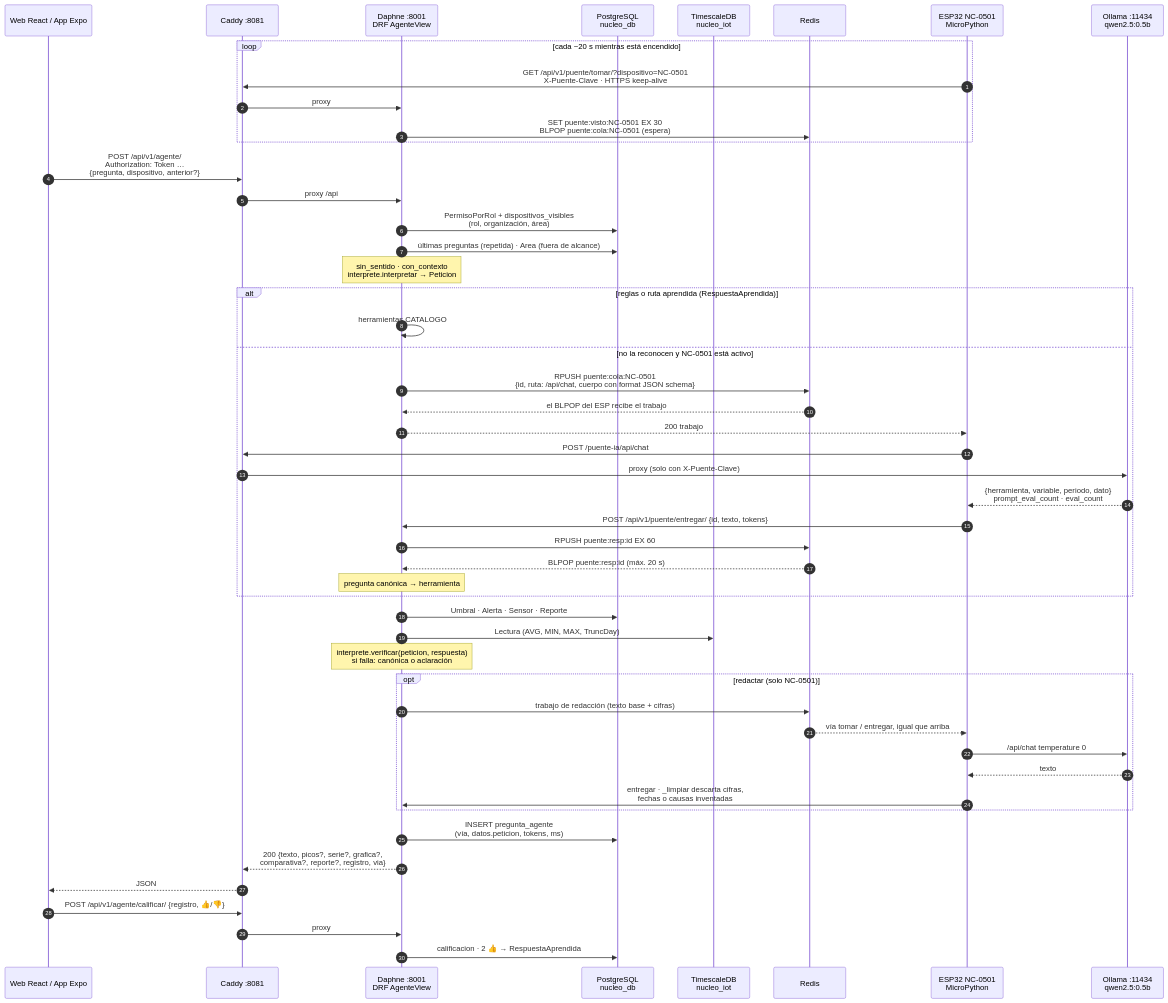
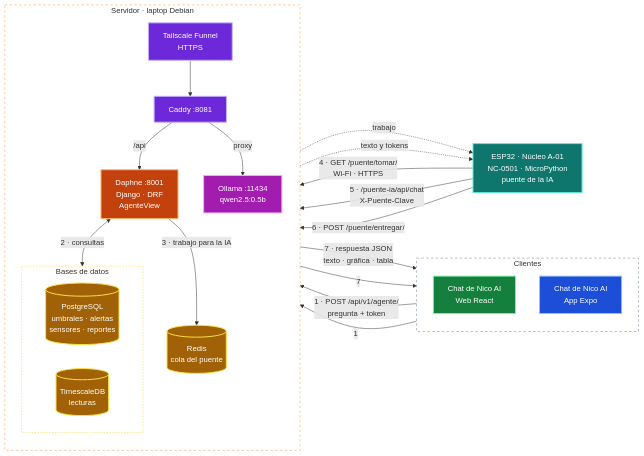
Before and after one commit to BrandonGlz/Nucleo: the fourth of 4 diagrams in README.md, drawn with Mermaid. The commit also changed other lines of this file, not shown here.

Commit message:
docs(readme): diagrama de arquitectura de Nico AI y su funcionamiento en texto

````diff
--- a/README.md
+++ b/README.md
@@ -455,54 +455,52 @@
 ```mermaid
-sequenceDiagram
-    autonumber
-    participant C as Web React / App Expo
-    participant K as Caddy :8081
-    participant D as Daphne :8001<br/>DRF AgenteView
-    participant P as PostgreSQL<br/>nucleo_db
-    participant T as TimescaleDB<br/>nucleo_iot
-    participant R as Redis
-    participant E as ESP32 NC-0501<br/>MicroPython
-    participant O as Ollama :11434<br/>qwen2.5:0.5b
+flowchart LR
+    subgraph CL["Clientes"]
+        direction TB
+        W["Chat de Nico AI<br/>Web React"]
+        A["Chat de Nico AI<br/>App Expo"]
+    end
+    subgraph HOST["Servidor · laptop Debian"]
+        direction TB
+        TS["Tailscale Funnel<br/>HTTPS"]
+        C["Caddy :8081"]
+        D["Daphne :8001<br/>Django · DRF<br/>AgenteView"]
+        R[("Redis<br/>cola del puente")]
+        subgraph BD["Bases de datos"]
+            PG[("PostgreSQL<br/>umbrales · alertas<br/>sensores · reportes")]
+            TDB[("TimescaleDB<br/>lecturas")]
+        end
+        O["Ollama :11434<br/>qwen2.5:0.5b"]
+    end
+    E["ESP32 · Núcleo A-01<br/>NC-0501 · MicroPython<br/>puente de la IA"]
 
-    loop cada ~20 s mientras está encendido
-        E->>K: GET /api/v1/puente/tomar/?dispositivo=NC-0501<br/>X-Puente-Clave · HTTPS keep-alive
-        K->>D: proxy
-        D->>R: SET puente:visto:NC-0501 EX 30<br/>BLPOP puente:cola:NC-0501 (espera)
-    end
-
-    C->>K: POST /api/v1/agente/<br/>Authorization: Token …<br/>{pregunta, dispositivo, anterior?}
-    K->>D: proxy /api
-    D->>P: PermisoPorRol + dispositivos_visibles<br/>(rol, organización, área)
-    D->>P: últimas preguntas (repetida) · Area (fuera de alcance)
-    Note over D: sin_sentido · con_contexto<br/>interprete.interpretar → Peticion
-    alt reglas o ruta aprendida (RespuestaAprendida)
-        D->>D: herramientas.CATALOGO
-    else no la reconocen y NC-0501 está activo
-        D->>R: RPUSH puente:cola:NC-0501<br/>{id, ruta: /api/chat, cuerpo con format JSON schema}
-        R-->>D: el BLPOP del ESP recibe el trabajo
-        D-->>E: 200 trabajo
-        E->>K: POST /puente-ia/api/chat
-        K->>O: proxy (solo con X-Puente-Clave)
-        O-->>E: {herramienta, variable, periodo, dato}<br/>prompt_eval_count · eval_count
-        E->>D: POST /api/v1/puente/entregar/ {id, texto, tokens}
-        D->>R: RPUSH puente:resp:id EX 60
-        R-->>D: BLPOP puente:resp:id (máx. 20 s)
-        Note over D: pregunta canónica → herramienta
-    end
-    D->>P: Umbral · Alerta · Sensor · Reporte
-    D->>T: Lectura (AVG, MIN, MAX, TruncDay)
-    Note over D: interprete.verificar(peticion, respuesta)<br/>si falla: canónica o aclaración
-    opt redactar (solo NC-0501)
-        D->>R: trabajo de redacción (texto base + cifras)
-        R-->>E: vía tomar / entregar, igual que arriba
-        E->>O: /api/chat temperature 0
-        O-->>E: texto
-        E->>D: entregar · _limpiar descarta cifras,<br/>fechas o causas inventadas
-    end
-    D->>P: INSERT pregunta_agente<br/>(vía, datos.peticion, tokens, ms)
-    D-->>K: 200 {texto, picos?, serie?, grafica?,<br/>comparativa?, reporte?, registro, via}
-    K-->>C: JSON
-    C->>K: POST /api/v1/agente/calificar/ {registro, 👍/👎}
-    K->>D: proxy
-    D->>P: calificacion · 2 👍 → RespuestaAprendida
+    W -->|"1 · POST /api/v1/agente/<br/>pregunta + token"| TS
+    A -->|"1"| TS
+    TS --> C -->|"/api"| D
+    D <-->|"2 · consultas"| BD
+    D -->|"3 · trabajo para la IA"| R
+    E -->|"4 · GET /puente/tomar/<br/>Wi-Fi · HTTPS"| TS
+    R -.->|trabajo| E
+    E -->|"5 · /puente-ia/api/chat<br/>X-Puente-Clave"| C
+    C -->|proxy| O
+    O -.->|texto y tokens| E
+    E -->|"6 · POST /puente/entregar/"| D
+    D -->|"7 · respuesta JSON<br/>texto · gráfica · tabla"| W
+    D -->|"7"| A
+    classDef cliente fill:#1d4ed8,stroke:#93c5fd,color:#fff,stroke-width:2px
+    classDef red fill:#6d28d9,stroke:#c4b5fd,color:#fff,stroke-width:2px
+    classDef web fill:#15803d,stroke:#86efac,color:#fff,stroke-width:2px
+    classDef backend fill:#c2410c,stroke:#fdba74,color:#fff,stroke-width:2px
+    classDef datos fill:#a16207,stroke:#fde047,color:#fff,stroke-width:2px
+    classDef iot fill:#0f766e,stroke:#5eead4,color:#fff,stroke-width:2px
+    classDef externo fill:#a21caf,stroke:#f0abfc,color:#fff,stroke-width:2px
+    class W web
+    class A cliente
+    class TS,C red
+    class D backend
+    class R,PG,TDB datos
+    class E iot
+    class O externo
+    style CL fill:transparent,stroke:#64748b,stroke-dasharray:5 5
+    style HOST fill:transparent,stroke:#fb923c,stroke-dasharray:5 5
+    style BD fill:transparent,stroke:#facc15,stroke-dasharray:3 3
 ```
````
